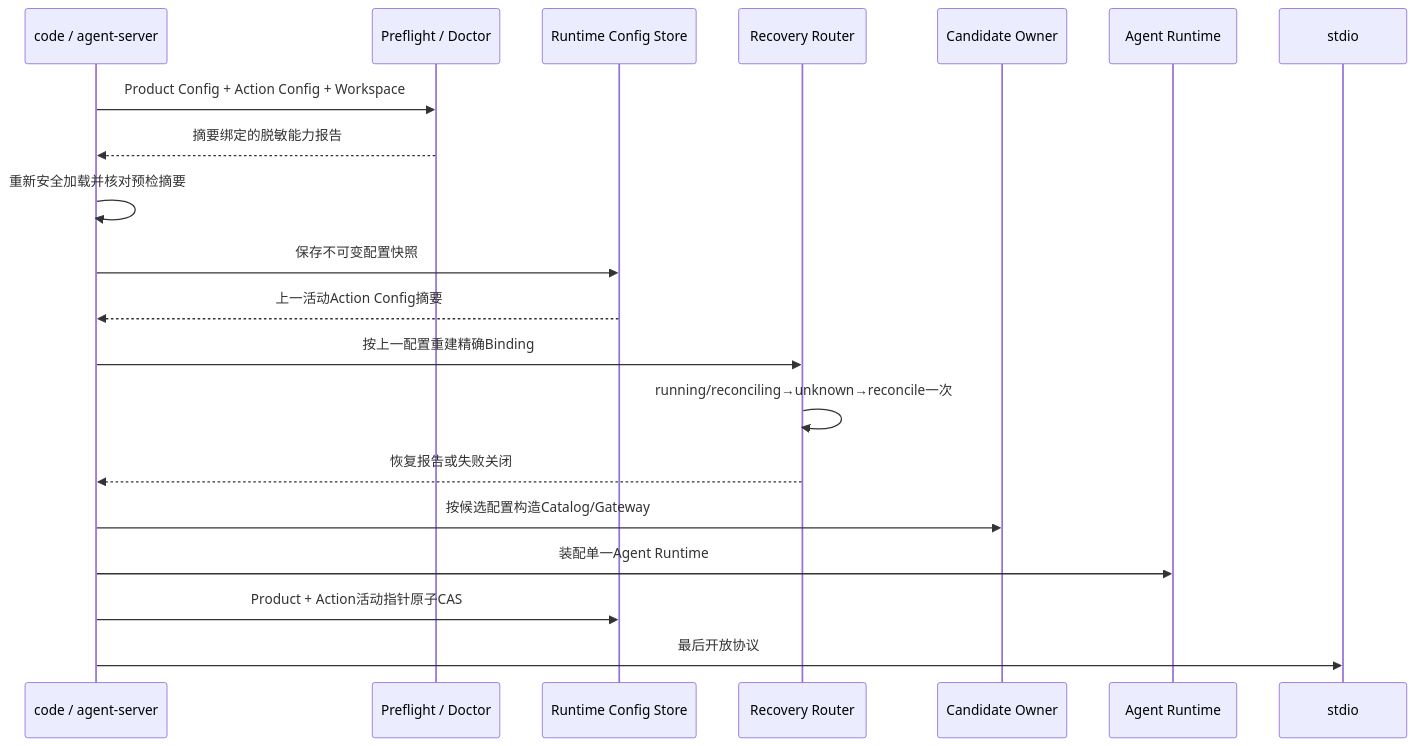
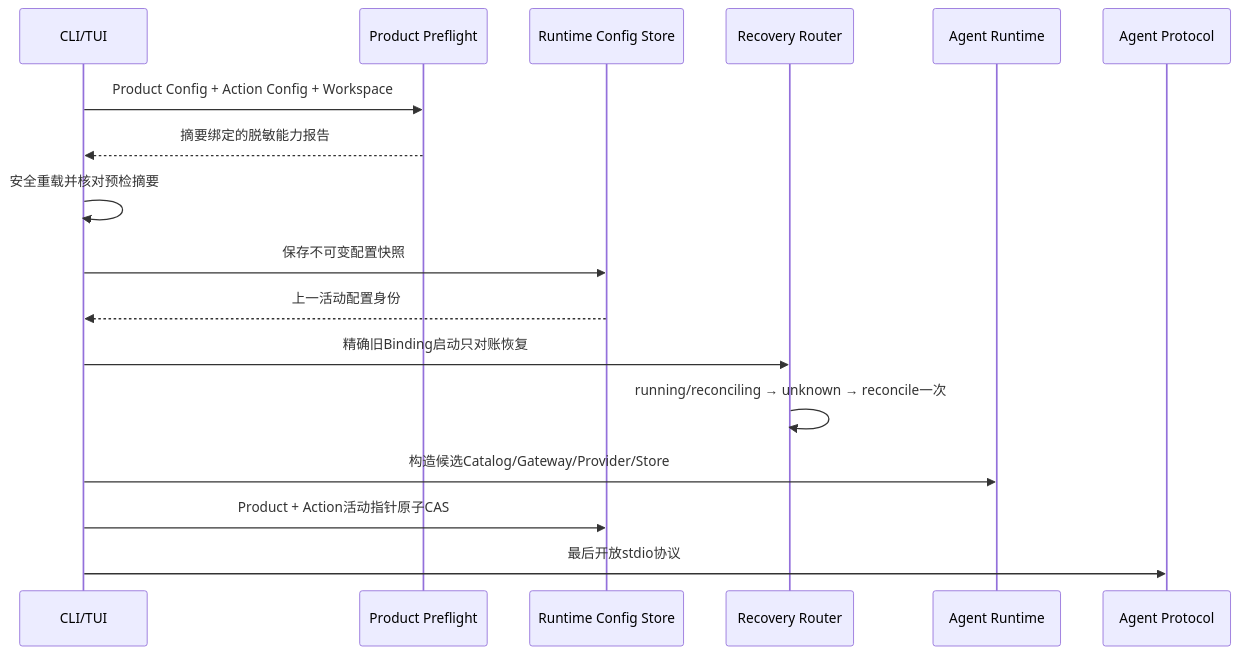
Before and after one commit to carrie1988/Harnessix: the third of 7 diagrams in docs/architecture.md, drawn with Mermaid. The commit also changed other lines of this file and 121 other files, not shown here.

````diff
--- a/docs/architecture.md
+++ b/docs/architecture.md
@@ -557,23 +198,19 @@
 ```mermaid
 sequenceDiagram
-    participant CLI as code / agent-server
-    participant PF as Preflight / Doctor
-    participant CS as Runtime Config Store
-    participant RO as Recovery Router
-    participant CO as Candidate Owner
+    participant C as CLI/TUI
+    participant P as Product Preflight
+    participant S as Runtime Config Store
+    participant R as Recovery Router
     participant A as Agent Runtime
-    participant IO as stdio
-
-    CLI->>PF: Product Config + Action Config + Workspace
-    PF-->>CLI: 摘要绑定的脱敏能力报告
-    CLI->>CLI: 重新安全加载并核对预检摘要
-    CLI->>CS: 保存不可变配置快照
-    CS-->>CLI: 上一活动Action Config摘要
-    CLI->>RO: 按上一配置重建精确Binding
-    RO->>RO: running/reconciling→unknown→reconcile一次
-    RO-->>CLI: 恢复报告或失败关闭
-    CLI->>CO: 按候选配置构造Catalog/Gateway
-    CLI->>A: 装配单一Agent Runtime
-    CLI->>CS: Product + Action活动指针原子CAS
-    CLI->>IO: 最后开放协议
+    participant IO as Agent Protocol
+    C->>P: Product Config + Action Config + Workspace
+    P-->>C: 摘要绑定的脱敏能力报告
+    C->>C: 安全重载并核对预检摘要
+    C->>S: 保存不可变配置快照
+    S-->>C: 上一活动配置身份
+    C->>R: 精确旧Binding启动只对账恢复
+    R->>R: running/reconciling → unknown → reconcile一次
+    C->>A: 构造候选Catalog/Gateway/Provider/Store
+    C->>S: Product + Action活动指针原子CAS
+    C->>IO: 最后开放stdio协议
 ```
````
